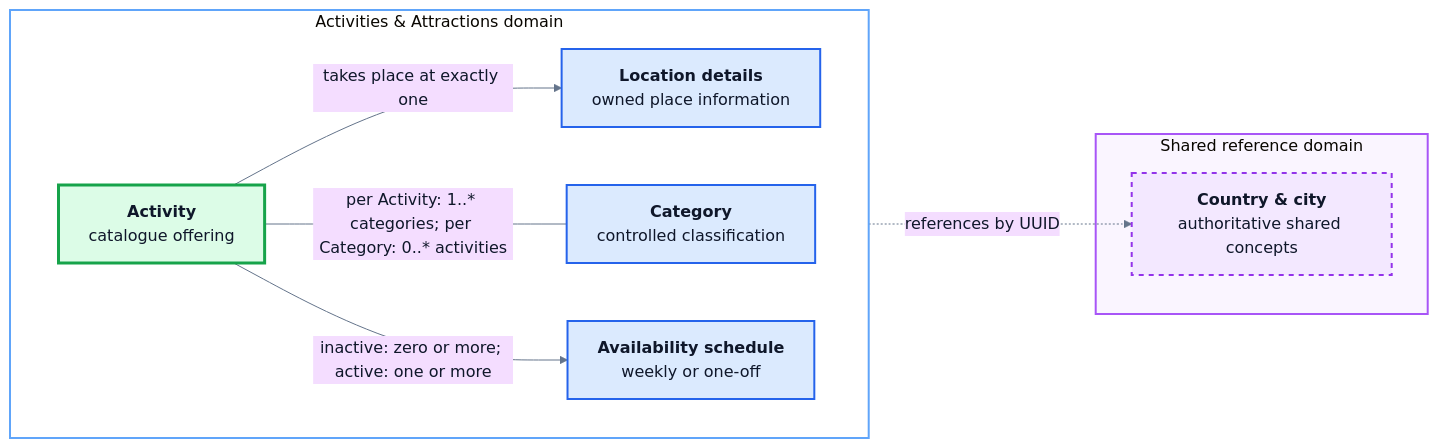
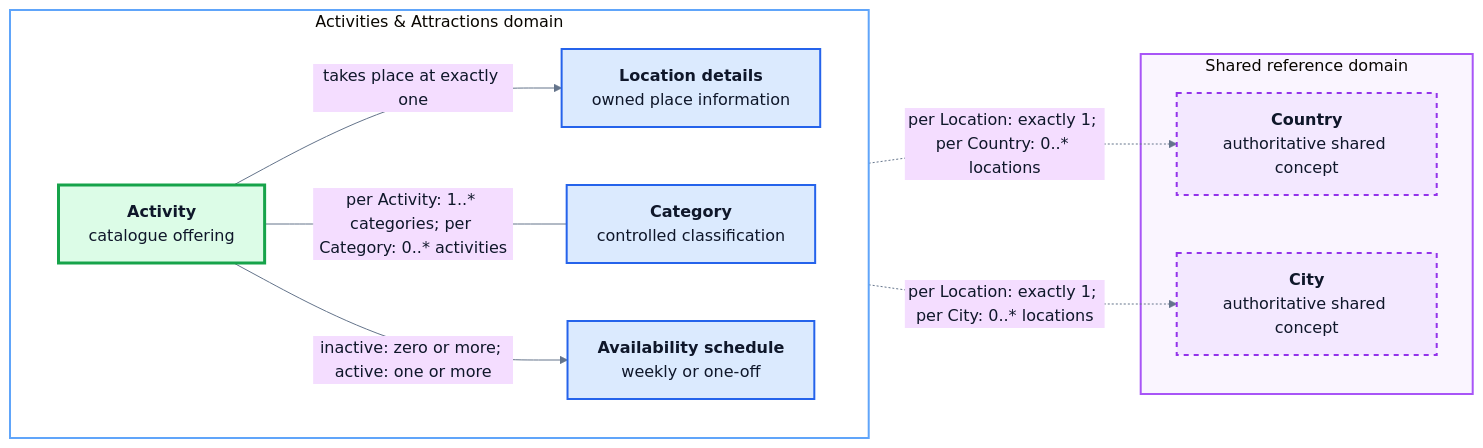
The diagram in docs/reports/release-0/Student4/DataDesign/conceptual.md (JulianKirk/TripGenie), drawn with Mermaid before and after one commit. The commit also changed other lines of this file and 3 other files, not shown here.

````diff
--- a/docs/reports/release-0/Student4/DataDesign/conceptual.md
+++ b/docs/reports/release-0/Student4/DataDesign/conceptual.md
@@ -13,29 +13,31 @@
 ```mermaid
 %%{init: {"theme":"base","themeVariables":{"fontFamily":"Inter, ui-sans-serif, system-ui, sans-serif","primaryTextColor":"#0f172a","lineColor":"#64748b","clusterBkg":"#f8fafc","clusterBorder":"#cbd5e1"},"flowchart":{"curve":"basis","nodeSpacing":58,"rankSpacing":72}}}%%
 flowchart LR
     subgraph OWNED[Activities & Attractions domain]
         direction LR
         ACTIVITY[<b>Activity</b><br/>catalogue offering]
         LOCATION[<b>Location details</b><br/>owned place information]
         CATEGORY[<b>Category</b><br/>controlled classification]
         SCHEDULE[<b>Availability schedule</b><br/>weekly or one-off]
     end
 
     subgraph EXTERNAL[Shared reference domain]
-        PLACE[<b>Country & city</b><br/>authoritative shared concepts]
+        COUNTRY[<b>Country</b><br/>authoritative shared concept]
+        CITY[<b>City</b><br/>authoritative shared concept]
     end
 
     ACTIVITY -->|takes place at exactly one| LOCATION
     ACTIVITY ---|"per Activity: 1..* categories; per Category: 0..* activities"| CATEGORY
     ACTIVITY -->|"inactive: zero or more; active: one or more"| SCHEDULE
-    LOCATION -.->|references by UUID| PLACE
+    LOCATION -.->|"per Location: exactly 1; per Country: 0..* locations"| COUNTRY
+    LOCATION -.->|"per Location: exactly 1; per City: 0..* locations"| CITY
 
     classDef core fill:#dcfce7,stroke:#16a34a,color:#0f172a,stroke-width:3px;
     classDef owned fill:#dbeafe,stroke:#2563eb,color:#0f172a,stroke-width:2px;
     classDef external fill:#f3e8ff,stroke:#9333ea,color:#0f172a,stroke-width:2px,stroke-dasharray:5 5;
     class ACTIVITY core;
     class LOCATION,CATEGORY,SCHEDULE owned;
-    class PLACE external;
+    class COUNTRY,CITY external;
     style OWNED fill:#ffffff,stroke:#60a5fa,stroke-width:2px;
     style EXTERNAL fill:#faf5ff,stroke:#a855f7,stroke-width:2px;
 ```
````
